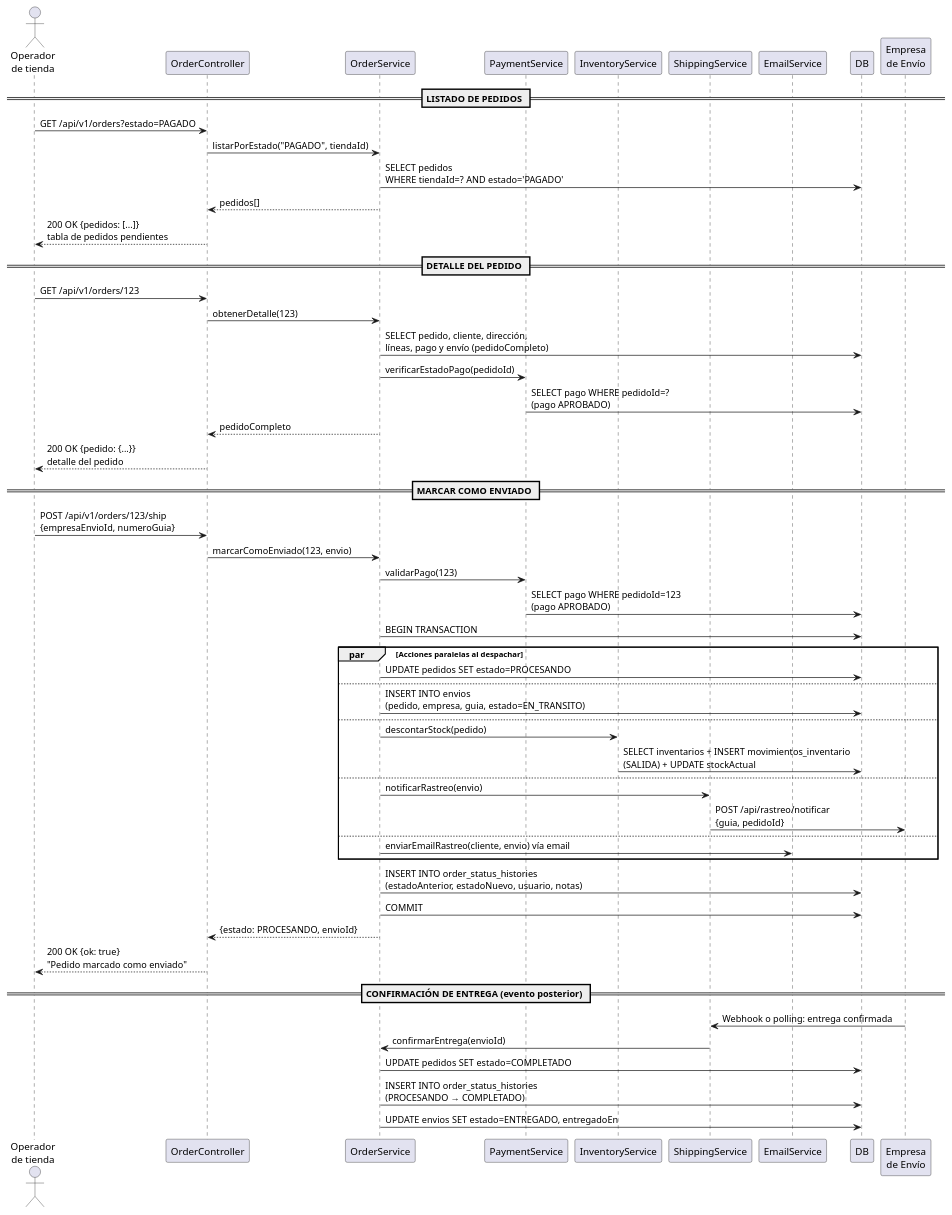
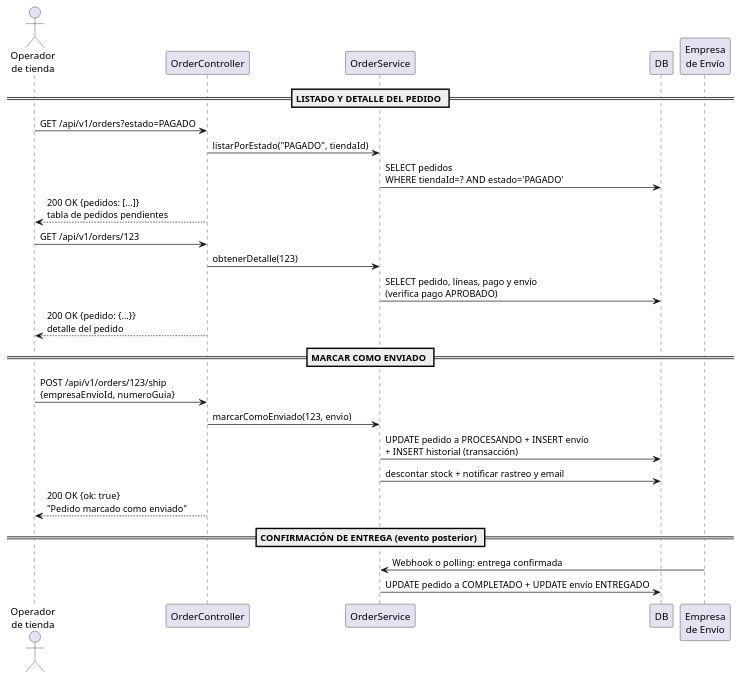
Before and after one commit to D4nitrix13/AtlasCommerce: the diagram in docs/uml/8.4.3-secuencia-gestion-pedido-simple.puml, drawn with PlantUML. The commit also changed 2 other files, not shown here.

Commit message:
docs(uml): simplificar los tres diagramas de secuencia
Los diagramas de secuencia eran los mas pesados del set: 10 lifeline y 40+
mensajes cada uno, ilegibles en una pagina A4.

- 107 -> 47 mensajes, 25 -> 16 lifeline.
- Los mensajes SQL consecutivos sobre una misma operacion logica se funden en
  uno: BEGIN + INSERT pedidos + UPDATE carritos + COMMIT pasan a ser una sola
  flecha "Persistir pedido y lineas en transaccion".
- Los bloques par de 5 ramas (despacho) y de 3 (acciones tras el pago) se
  colapsan en una sola accion.
- 8.4.1 tenia un alt anidado dentro de otro alt; ahora hay un solo alt con las
  dos ramas de 2FA (TOTP y OTP por email).
- Se eliminan los 2 bloques note.

Se conserva completo lo que documenta la arquitectura: el registro y la
verificacion de correo en 8.4.1, el webhook asincrono como fuente de verdad del
pago en 8.4.2, y la confirmacion de entrega como evento posterior en 8.4.3.

Los .puml originales sin sufijo quedan intactos como respaldo.

```diff
--- a/docs/uml/8.4.3-secuencia-gestion-pedido-simple.puml
+++ b/docs/uml/8.4.3-secuencia-gestion-pedido-simple.puml
@@ -1,62 +1,30 @@
 @startuml 8.4 - Secuencia: Gestión de Pedido por Operador
 
 actor "Operador\nde tienda" as O
 participant "OrderController" as OC
 participant "OrderService" as OS
-participant "PaymentService" as PS
-participant "InventoryService" as IS
-participant "ShippingService" as SS
-participant "EmailService" as ES
 participant "DB" as DB
 participant "Empresa\nde Envío" as EE
 
-== LISTADO DE PEDIDOS ==
+== LISTADO Y DETALLE DEL PEDIDO ==
 O -> OC : GET /api/v1/orders?estado=PAGADO
 OC -> OS : listarPorEstado("PAGADO", tiendaId)
 OS -> DB : SELECT pedidos\nWHERE tiendaId=? AND estado='PAGADO'
-OS --> OC : pedidos[]
 OC --> O : 200 OK {pedidos: [...]}\ntabla de pedidos pendientes
-
-== DETALLE DEL PEDIDO ==
 O -> OC : GET /api/v1/orders/123
 OC -> OS : obtenerDetalle(123)
-OS -> DB : SELECT pedido, cliente, dirección,\nlíneas, pago y envío (pedidoCompleto)
-OS -> PS : verificarEstadoPago(pedidoId)
-PS -> DB : SELECT pago WHERE pedidoId=?\n(pago APROBADO)
-OS --> OC : pedidoCompleto
+OS -> DB : SELECT pedido, líneas, pago y envío\n(verifica pago APROBADO)
 OC --> O : 200 OK {pedido: {...}}\ndetalle del pedido
 
 == MARCAR COMO ENVIADO ==
 O -> OC : POST /api/v1/orders/123/ship\n{empresaEnvioId, numeroGuia}
 OC -> OS : marcarComoEnviado(123, envio)
-OS -> PS : validarPago(123)
-PS -> DB : SELECT pago WHERE pedidoId=123\n(pago APROBADO)
-OS -> DB : BEGIN TRANSACTION
-
-par Acciones paralelas al despachar
-  OS -> DB : UPDATE pedidos SET estado=PROCESANDO
-else
-  OS -> DB : INSERT INTO envios\n(pedido, empresa, guia, estado=EN_TRANSITO)
-else
-  OS -> IS : descontarStock(pedido)
-  IS -> DB : SELECT inventarios + INSERT movimientos_inventario\n(SALIDA) + UPDATE stockActual
-else
-  OS -> SS : notificarRastreo(envio)
-  SS -> EE : POST /api/rastreo/notificar\n{guia, pedidoId}
-else
-  OS -> ES : enviarEmailRastreo(cliente, envio) vía email
-end
-
-OS -> DB : INSERT INTO order_status_histories\n(estadoAnterior, estadoNuevo, usuario, notas)
-OS -> DB : COMMIT
-OS --> OC : {estado: PROCESANDO, envioId}
+OS -> DB : UPDATE pedido a PROCESANDO + INSERT envío\n+ INSERT historial (transacción)
+OS -> DB : descontar stock + notificar rastreo y email
 OC --> O : 200 OK {ok: true}\n"Pedido marcado como enviado"
 
 == CONFIRMACIÓN DE ENTREGA (evento posterior) ==
-EE -> SS : Webhook o polling: entrega confirmada
-SS -> OS : confirmarEntrega(envioId)
-OS -> DB : UPDATE pedidos SET estado=COMPLETADO
-OS -> DB : INSERT INTO order_status_histories\n(PROCESANDO → COMPLETADO)
-OS -> DB : UPDATE envios SET estado=ENTREGADO, entregadoEn
+EE -> OS : Webhook o polling: entrega confirmada
+OS -> DB : UPDATE pedido a COMPLETADO + UPDATE envío ENTREGADO
 
 @enduml
```
